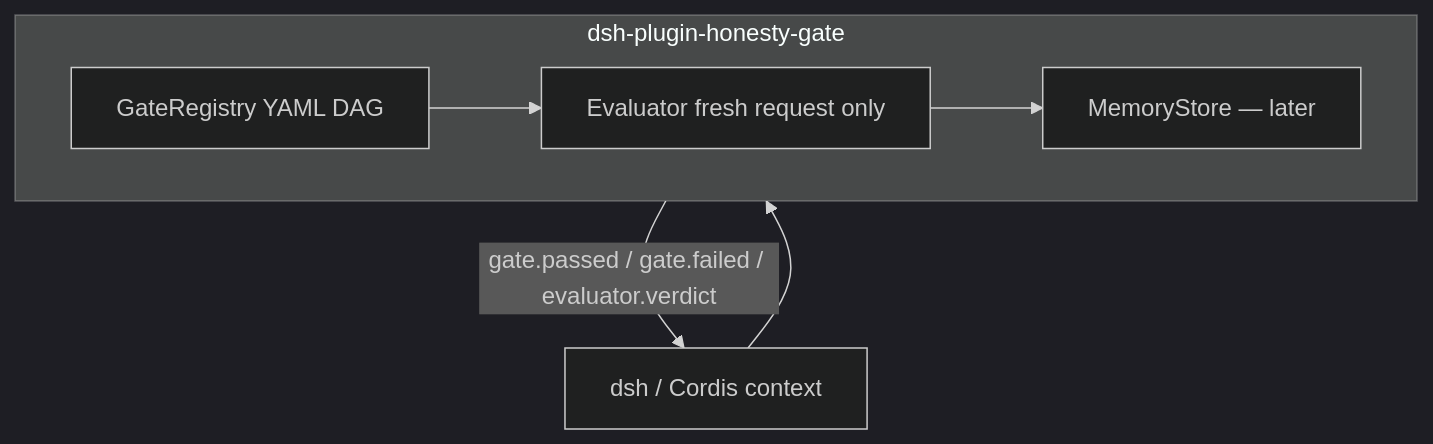
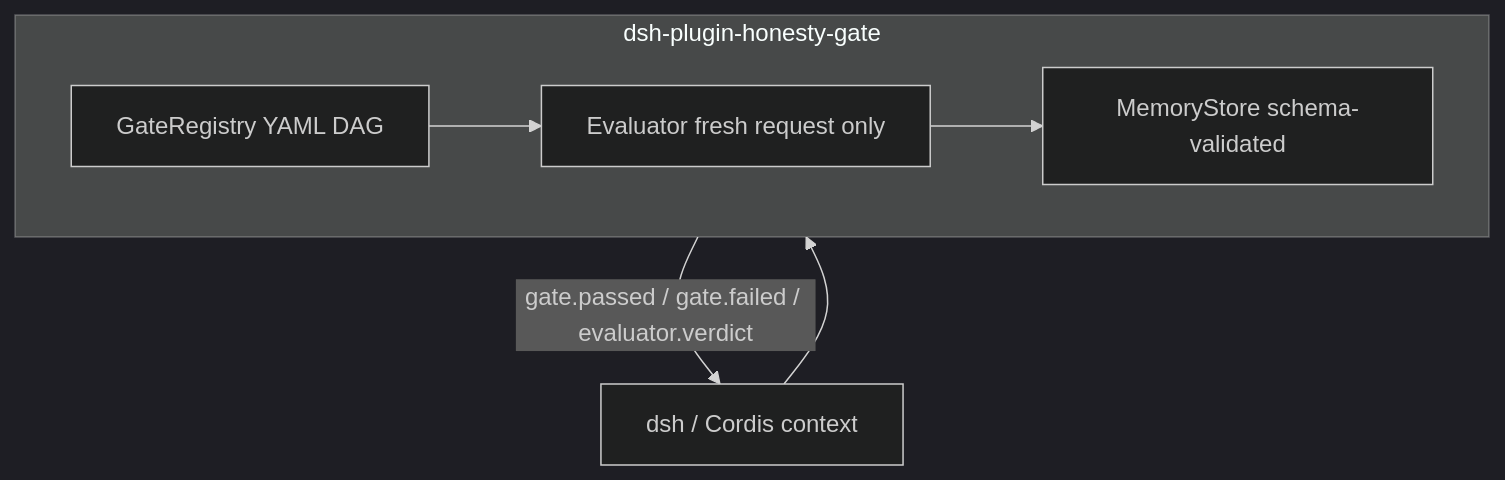
One commit to PCSchmidt/dsh-plugin-honesty-gate changed the diagram in README.md. Above: the diagram before and after it, drawn with Mermaid (dark theme). The commit also changed other lines of this file and 9 other files, not shown here.

First line of the commit message:
Add schema-validated semantic, episodic, and corrections memory.

````diff
--- a/README.md
+++ b/README.md
@@ -25,13 +25,13 @@
 ```mermaid
 flowchart TB
     dsh[dsh / Cordis context]
     subgraph plugin [dsh-plugin-honesty-gate]
         GR[GateRegistry YAML DAG]
         EV[Evaluator fresh request only]
-        MS[MemoryStore — later]
+        MS[MemoryStore schema-validated]
         GR --> EV
         EV --> MS
     end
     dsh --> plugin
     plugin -->|gate.passed / gate.failed / evaluator.verdict| dsh
 ```
````
